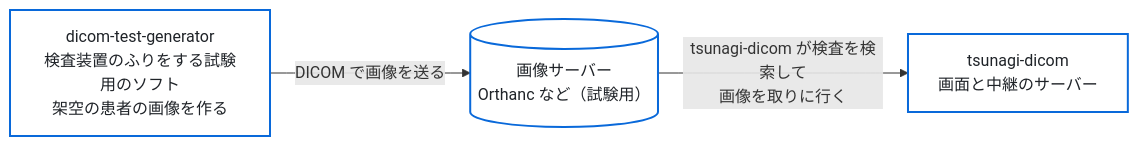
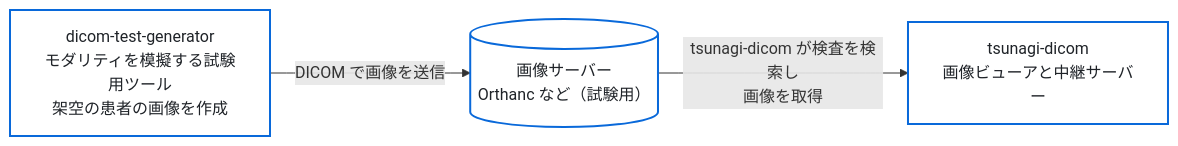
One commit to jeysunit/dicom-test-generator changed the second of 2 diagrams in README.md. Above: the diagram before and after it, drawn with Mermaid. The commit also changed other lines of this file, not shown here.

````diff
--- a/README.md
+++ b/README.md
@@ -82,11 +82,11 @@
 ```mermaid
 flowchart LR
   classDef box fill:#ffffff,stroke:#0969da,stroke-width:2px,color:#1f2328
 
-  DTG["dicom-test-generator<br/>検査装置のふりをする試験用のソフト<br/>架空の患者の画像を作る"]:::box
+  DTG["dicom-test-generator<br/>モダリティを模擬する試験用ツール<br/>架空の患者の画像を作成"]:::box
   PACS[("画像サーバー<br/>Orthanc など（試験用）")]:::box
-  TD["tsunagi-dicom<br/>画面と中継のサーバー"]:::box
+  TD["tsunagi-dicom<br/>画像ビューアと中継サーバー"]:::box
 
-  DTG -->|"DICOM で画像を送る"| PACS
-  PACS -->|"tsunagi-dicom が検査を検索して<br/>画像を取りに行く"| TD
+  DTG -->|"DICOM で画像を送信"| PACS
+  PACS -->|"tsunagi-dicom が検査を検索し<br/>画像を取得"| TD
 ```
````
